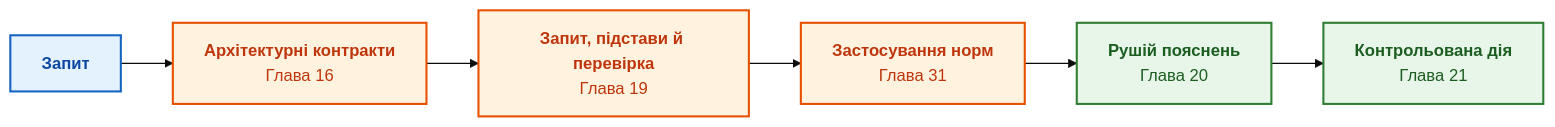
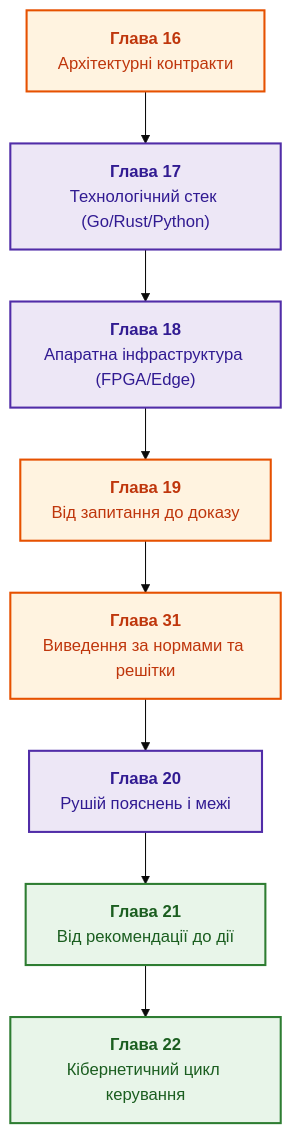
One commit to nick-fedchik/articles changed the diagram in ExpertSystem/part-04-architecture-and-inference.md. Above: the diagram before and after it, drawn with Mermaid (base theme). The commit also changed other lines of this file and 8 other files, not shown here.

````diff
--- a/ExpertSystem/part-04-architecture-and-inference.md
+++ b/ExpertSystem/part-04-architecture-and-inference.md
@@ -19,19 +19,21 @@
 ```mermaid
-flowchart LR
-    accTitle: Шлях рішення в Частині IV
-    accDescr: Запит, перевірка підстав, застосування норм, пояснення та окремий допуск дії.
+flowchart TD
+    accTitle: Інженерна вертикаль Частини IV
+    accDescr: Архітектура, стек, апаратура, пошук підстав, виведення за нормами, пояснення, дія та кібернетичний зворотний зв'язок.
 
-    Q["<b>Запит</b>"] --> CORE["<b>Архітектурні контракти</b><br/>Глава 16"]
-    CORE --> REASON["<b>Запит, підстави й перевірка</b><br/>Глава 19"]
-    REASON --> RULE["<b>Застосування норм</b><br/>Глава 31"]
-    RULE --> EXP["<b>Рушій пояснень</b><br/>Глава 20"]
-    EXP --> ACT["<b>Контрольована дія</b><br/>Глава 21"]
+    CH16["<b>Глава 16</b><br/>Архітектурні контракти"] --> CH17["<b>Глава 17</b><br/>Технологічний стек (Go/Rust/Python)"]
+    CH17 --> CH18["<b>Глава 18</b><br/>Апаратна інфраструктура (FPGA/Edge)"]
+    CH18 --> CH19["<b>Глава 19</b><br/>Від запитання до доказу"]
+    CH19 --> CH31["<b>Глава 31</b><br/>Виведення за нормами та решітки"]
+    CH31 --> CH20["<b>Глава 20</b><br/>Рушій пояснень і межі"]
+    CH20 --> CH21["<b>Глава 21</b><br/>Від рекомендації до дії"]
+    CH21 --> CH22["<b>Глава 22</b><br/>Кібернетичний цикл керування"]
 
-    classDef in fill:#e3f2fd,stroke:#1565c0,stroke-width:2px,color:#0d47a1;
     classDef arch fill:#fff3e0,stroke:#e65100,stroke-width:2px,color:#bf360c;
+    classDef impl fill:#ede7f6,stroke:#512da8,stroke-width:2px,color:#311b92;
     classDef out fill:#e8f5e9,stroke:#2e7d32,stroke-width:2px,color:#1b5e20;
 
-    class Q in;
-    class CORE,REASON,RULE arch;
-    class EXP,ACT out;
+    class CH16,CH19,CH31 arch;
+    class CH17,CH18,CH20 impl;
+    class CH21,CH22 out;
 ```
````
